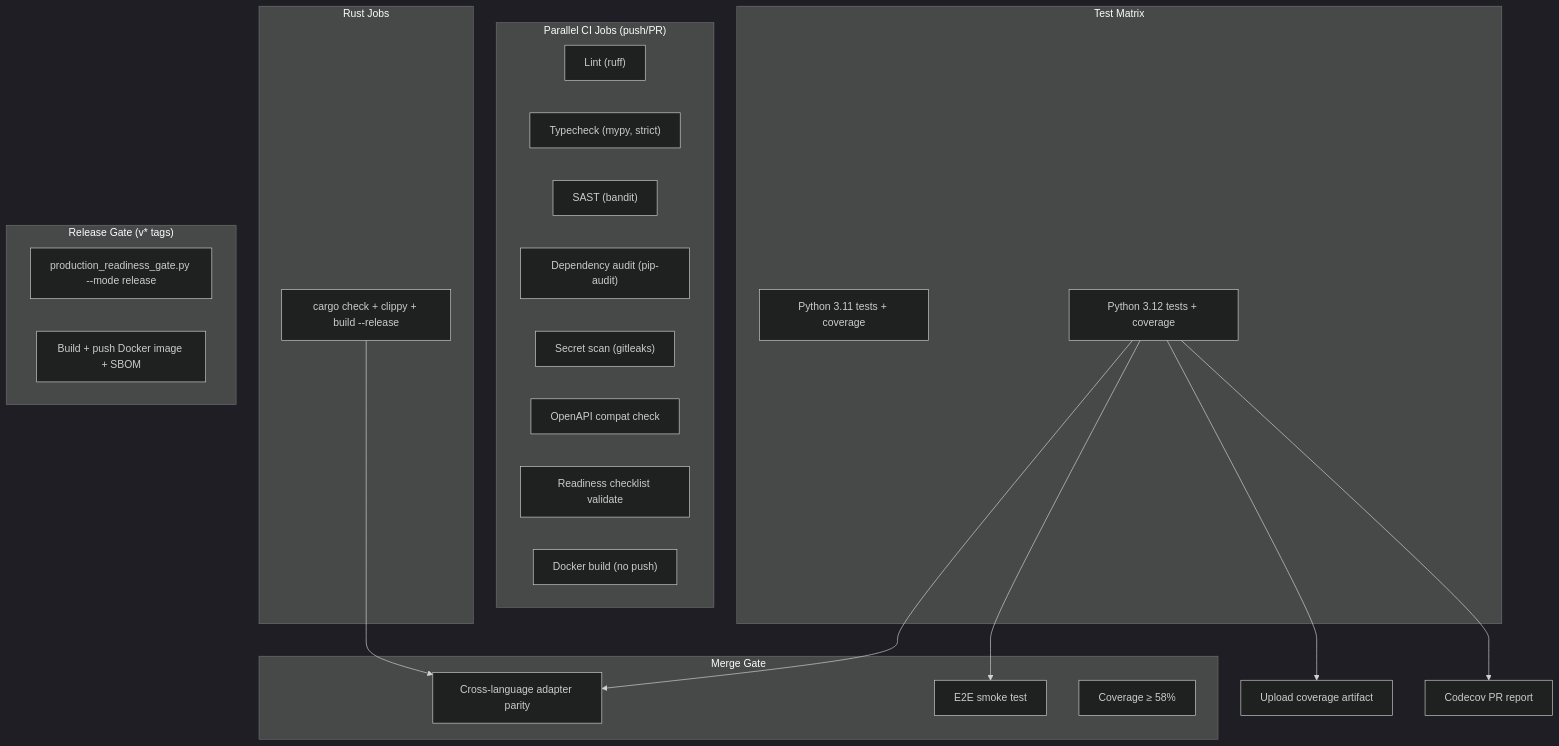
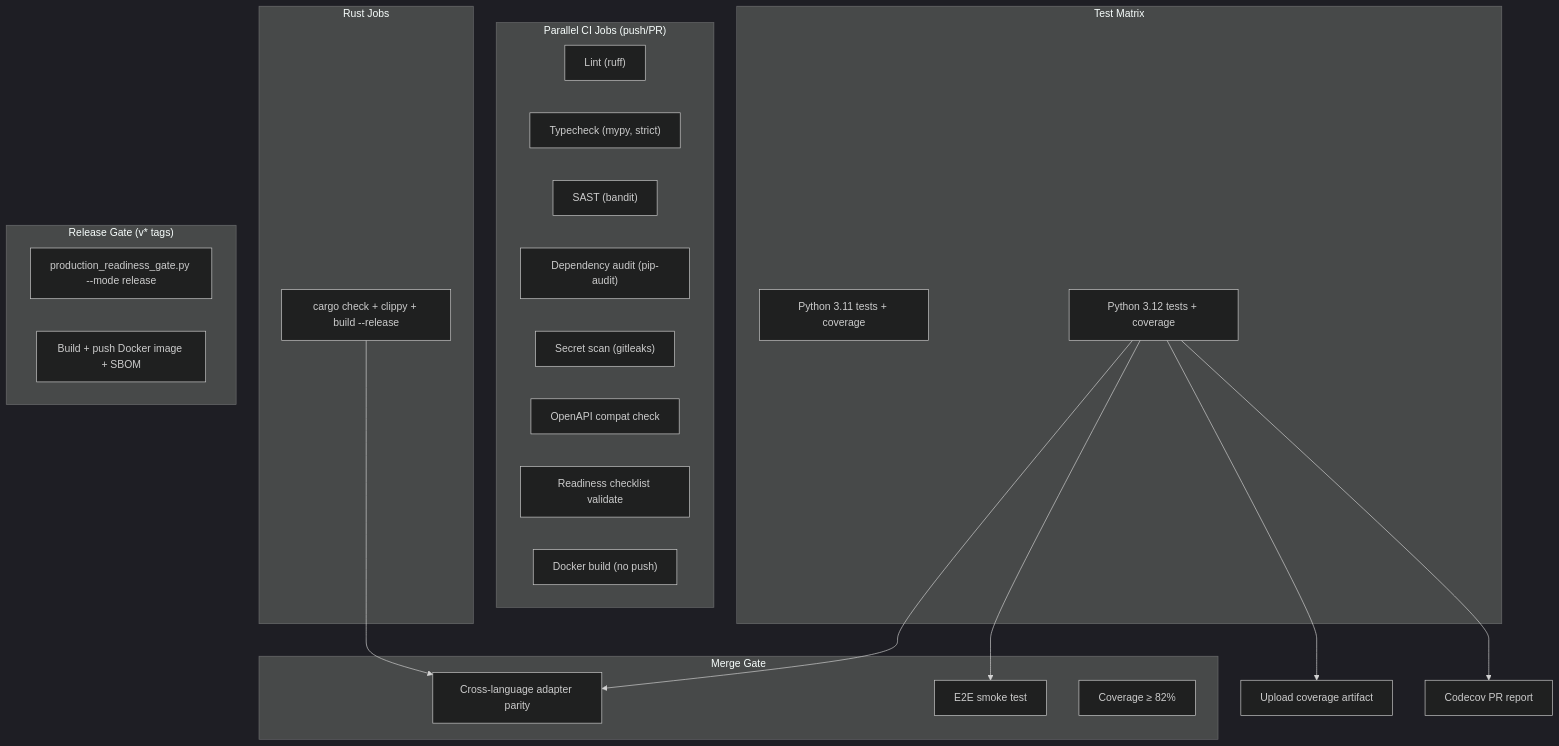
One commit to ErenAri/HCP-workload-optimizer changed the eighth of 8 diagrams in README.md. Above: the diagram before and after it, drawn with Mermaid (dark theme). The commit also changed other lines of this file and 63 other files, not shown here.

````diff
--- a/README.md
+++ b/README.md
@@ -846,39 +871,39 @@
 ```mermaid
 flowchart TD
   subgraph Checks["Parallel CI Jobs (push/PR)"]
     LINT["Lint (ruff)"]
     TYPE["Typecheck (mypy, strict)"]
     SAST["SAST (bandit)"]
     AUDIT["Dependency audit (pip-audit)"]
     SECRETS["Secret scan (gitleaks)"]
     COMPAT["OpenAPI compat check"]
     READY["Readiness checklist validate"]
     DOCKER["Docker build (no push)"]
   end
 
   subgraph Test["Test Matrix"]
     PY311["Python 3.11 tests + coverage"]
     PY312["Python 3.12 tests + coverage"]
   end
 
   subgraph Rust["Rust Jobs"]
     RCHECK["cargo check + clippy + build --release"]
   end
 
   PY312 --> COV["Upload coverage artifact"]
   PY312 --> CODECOV["Codecov PR report"]
   RCHECK --> XPARITY["Cross-language adapter parity"]
   PY312 --> XPARITY
   PY312 --> E2E["E2E smoke test"]
 
   subgraph Gate["Merge Gate"]
     E2E
     XPARITY
-    COV_CHECK["Coverage ≥ 58%"]
+    COV_CHECK["Coverage ≥ 82%"]
   end
 
   subgraph Release["Release Gate (v* tags)"]
     RGATE["production_readiness_gate.py --mode release"]
     PUBLISH["Build + push Docker image + SBOM"]
   end
 ```
````
